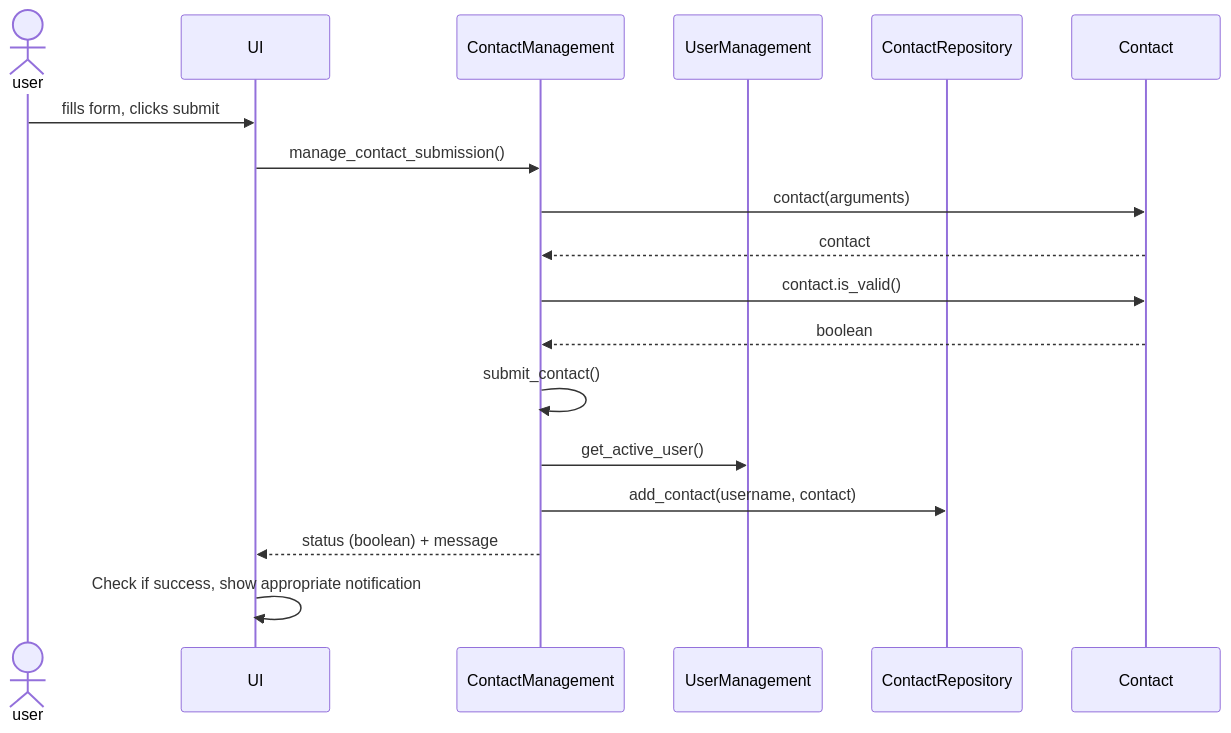
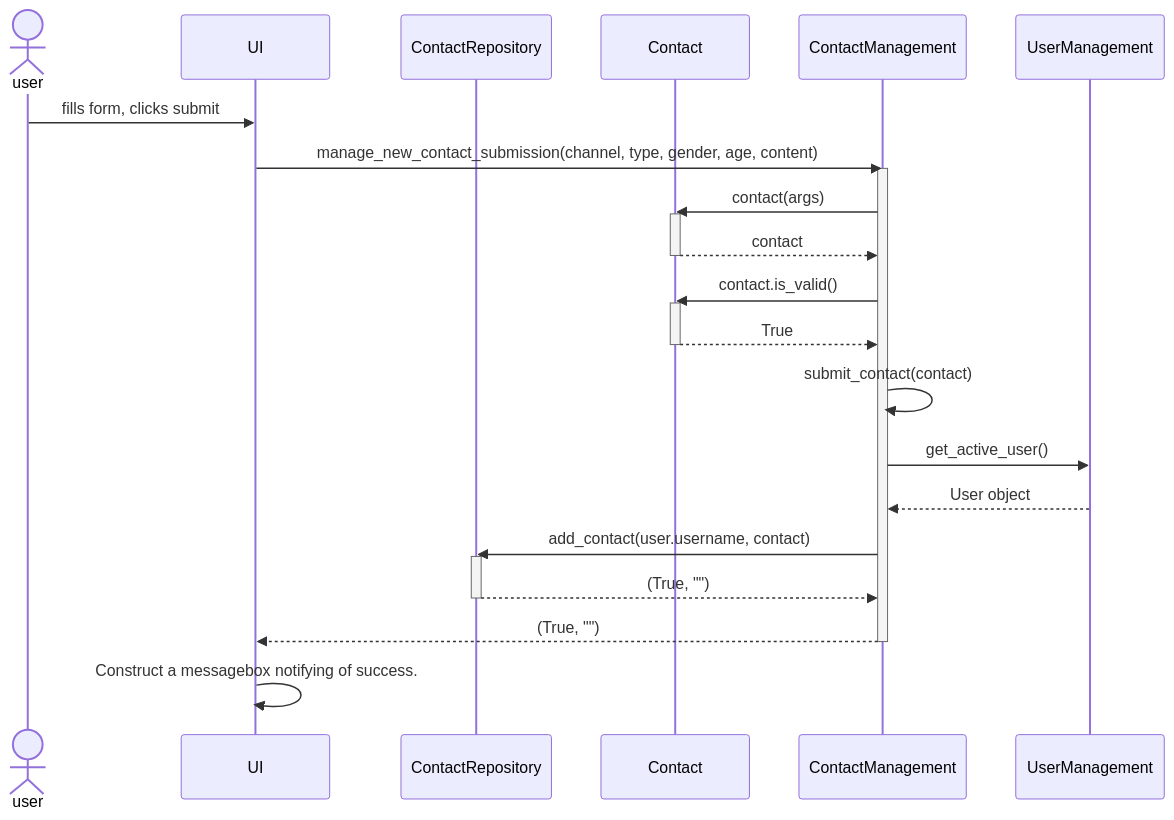
The fourth of 6 diagrams in documentation/architecture.md (heidi-holappa/ot-harjoitustyo), drawn with Mermaid before and after one commit. The commit also changed other lines of this file, not shown here.

Commit message:
Update architecture.

````diff
--- a/documentation/architecture.md
+++ b/documentation/architecture.md
@@ -102,20 +102,30 @@
 ```mermaid
 sequenceDiagram
 actor user
 participant UI
+participant ContactRepository
+participant Contact
 participant ContactManagement
 participant UserManagement
-participant ContactRepository
-participant Contact
 user ->> UI: fills form, clicks submit
-UI ->> ContactManagement: manage_contact_submission()
-ContactManagement ->> Contact: contact(arguments)
+UI ->> ContactManagement: manage_new_contact_submission(channel, type, gender, age, content)
+activate ContactManagement
+ContactManagement ->> Contact: contact(args)
+activate Contact
 Contact -->> ContactManagement: contact
+deactivate Contact
 ContactManagement ->> Contact: contact.is_valid()
-Contact -->> ContactManagement: boolean
-ContactManagement ->> ContactManagement: submit_contact()
+activate Contact
+Contact -->> ContactManagement: True
+deactivate Contact
+ContactManagement ->> ContactManagement: submit_contact(contact)
 ContactManagement ->> UserManagement: get_active_user()
-ContactManagement ->> ContactRepository: add_contact(username, contact)
-ContactManagement -->> UI: status (boolean) + message
-UI ->> UI: Check if success, show appropriate notification
+UserManagement -->> ContactManagement: User object
+ContactManagement ->> ContactRepository: add_contact(user.username, contact)
+activate ContactRepository
+ContactRepository -->> ContactManagement: (True, "")
+deactivate ContactRepository
+ContactManagement -->> UI: (True, "")
+deactivate ContactManagement
+UI ->> UI: Construct a messagebox notifying of success. 
 ```
````
